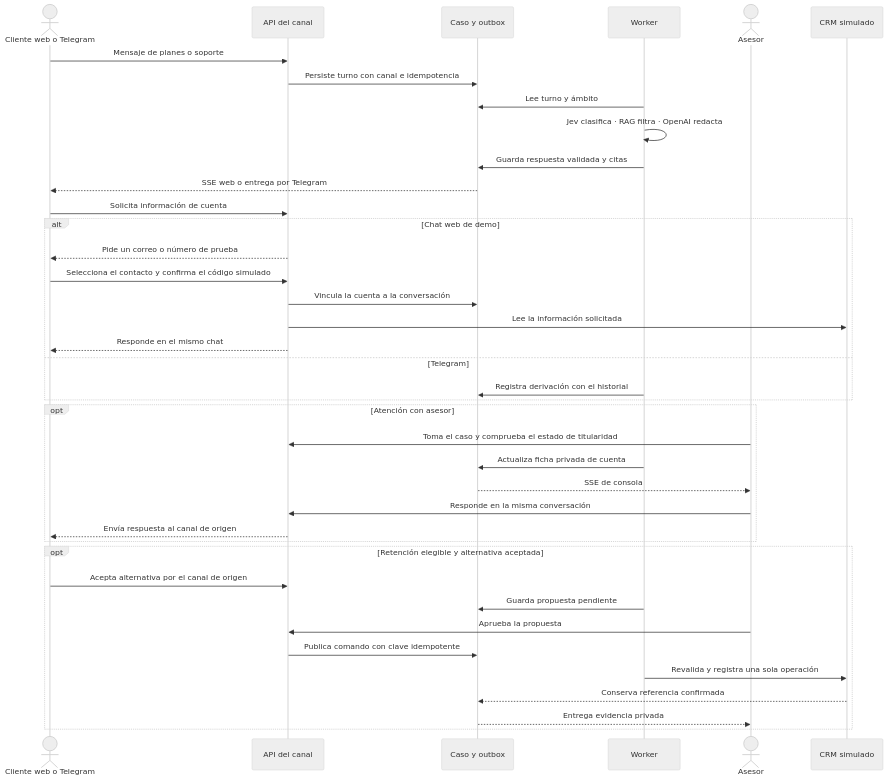
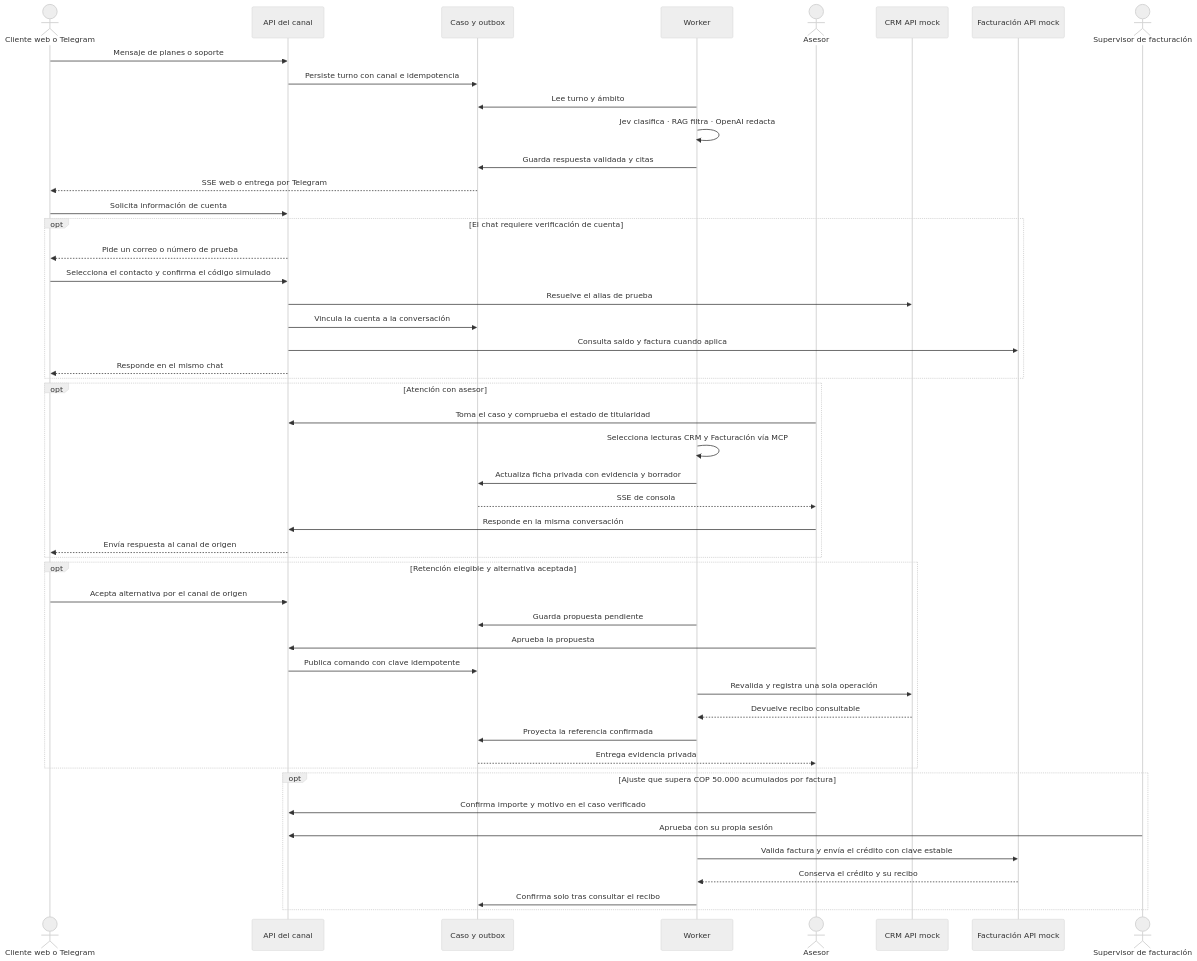
The second of 2 diagrams in docs/02-arquitectura-docker.md (williamvp10/claro-copilot), drawn with Mermaid (neutral theme) before and after one commit. The commit also changed other lines of this file and 131 other files, not shown here.

````diff
--- a/docs/02-arquitectura-docker.md
+++ b/docs/02-arquitectura-docker.md
@@ -41,41 +58,51 @@
 ```mermaid
 sequenceDiagram
   actor Client as Cliente web o Telegram
   participant API as API del canal
   participant DB as Caso y outbox
   participant Agent as Worker
   actor Advisor as Asesor
-  participant CRM as CRM simulado
+  participant CRM as CRM API mock
+  participant Billing as Facturación API mock
+  actor Admin as Supervisor de facturación
   Client->>API: Mensaje de planes o soporte
   API->>DB: Persiste turno con canal e idempotencia
   Agent->>DB: Lee turno y ámbito
   Agent->>Agent: Jev clasifica · RAG filtra · OpenAI redacta
   Agent->>DB: Guarda respuesta validada y citas
   DB-->>Client: SSE web o entrega por Telegram
   Client->>API: Solicita información de cuenta
-  alt Chat web de demo
+  opt El chat requiere verificación de cuenta
     API-->>Client: Pide un correo o número de prueba
     Client->>API: Selecciona el contacto y confirma el código simulado
+    API->>CRM: Resuelve el alias de prueba
     API->>DB: Vincula la cuenta a la conversación
-    API->>CRM: Lee la información solicitada
+    API->>Billing: Consulta saldo y factura cuando aplica
     API-->>Client: Responde en el mismo chat
-  else Telegram
-    Agent->>DB: Registra derivación con el historial
   end
   opt Atención con asesor
     Advisor->>API: Toma el caso y comprueba el estado de titularidad
-    Agent->>DB: Actualiza ficha privada de cuenta
+    Agent->>Agent: Selecciona lecturas CRM y Facturación vía MCP
+    Agent->>DB: Actualiza ficha privada con evidencia y borrador
     DB-->>Advisor: SSE de consola
     Advisor->>API: Responde en la misma conversación
     API-->>Client: Envía respuesta al canal de origen
   end
   opt Retención elegible y alternativa aceptada
     Client->>API: Acepta alternativa por el canal de origen
     Agent->>DB: Guarda propuesta pendiente
     Advisor->>API: Aprueba la propuesta
     API->>DB: Publica comando con clave idempotente
     Agent->>CRM: Revalida y registra una sola operación
-    CRM-->>DB: Conserva referencia confirmada
+    CRM-->>Agent: Devuelve recibo consultable
+    Agent->>DB: Proyecta la referencia confirmada
     DB-->>Advisor: Entrega evidencia privada
   end
+  opt Ajuste que supera COP 50.000 acumulados por factura
+    Advisor->>API: Confirma importe y motivo en el caso verificado
+    Admin->>API: Aprueba con su propia sesión
+    Agent->>Billing: Valida factura y envía el crédito con clave estable
+    Billing-->>Agent: Conserva el crédito y su recibo
+    Agent->>DB: Confirma solo tras consultar el recibo
+  end
 ```
````
